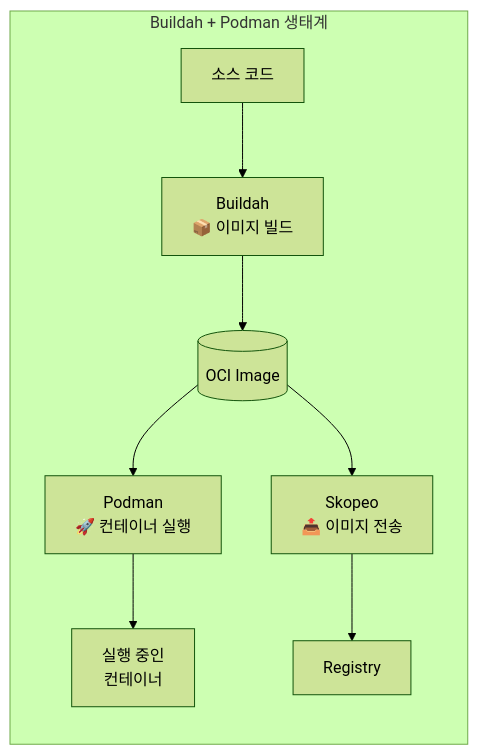
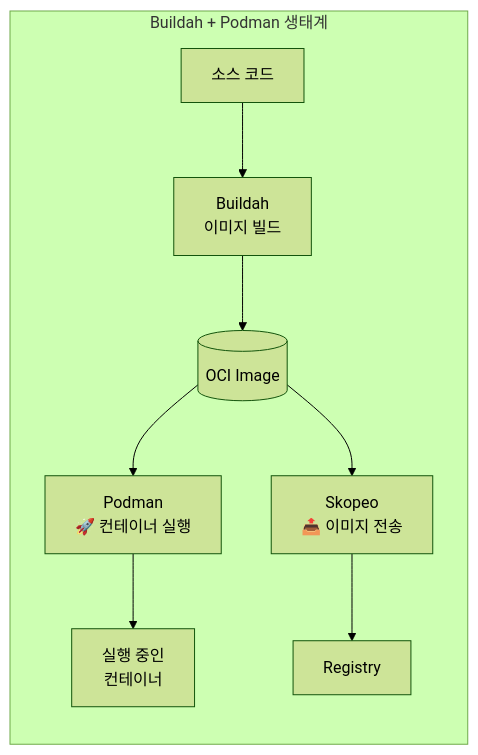
Before and after one commit to juwon8891/juwon8891.github.io: diagram 35 of 41 in docs/cicd/week1-image-build.md, drawn with Mermaid (forest theme). The commit also changed other lines of this file and 3 other files, not shown here.

````diff
--- a/docs/cicd/week1-image-build.md
+++ b/docs/cicd/week1-image-build.md
@@ -2512,17 +2512,17 @@
 ```mermaid
 graph LR
     subgraph "Buildah + Podman 생태계"
-        BUILDAH[Buildah<br/>📦 이미지 빌드]
+        BUILDAH[Buildah<br/>이미지 빌드]
         PODMAN[Podman<br/>🚀 컨테이너 실행]
         SKOPEO[Skopeo<br/>📤 이미지 전송]
 
         CODE[소스 코드] --> BUILDAH
         BUILDAH --> IMAGE[(OCI Image)]
         IMAGE --> PODMAN
         IMAGE --> SKOPEO
         PODMAN --> CONTAINER[실행 중인<br/>컨테이너]
         SKOPEO --> REGISTRY[Registry]
 
     end
 
 ```
````
